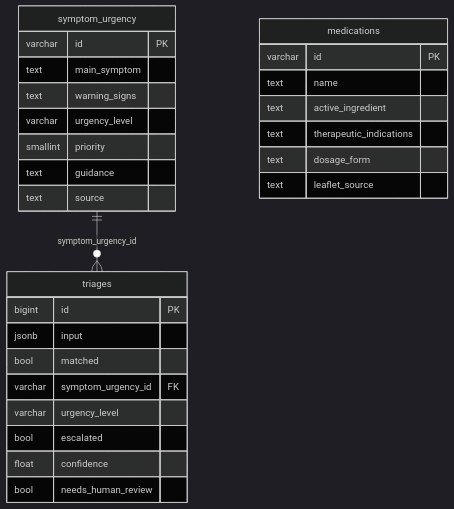
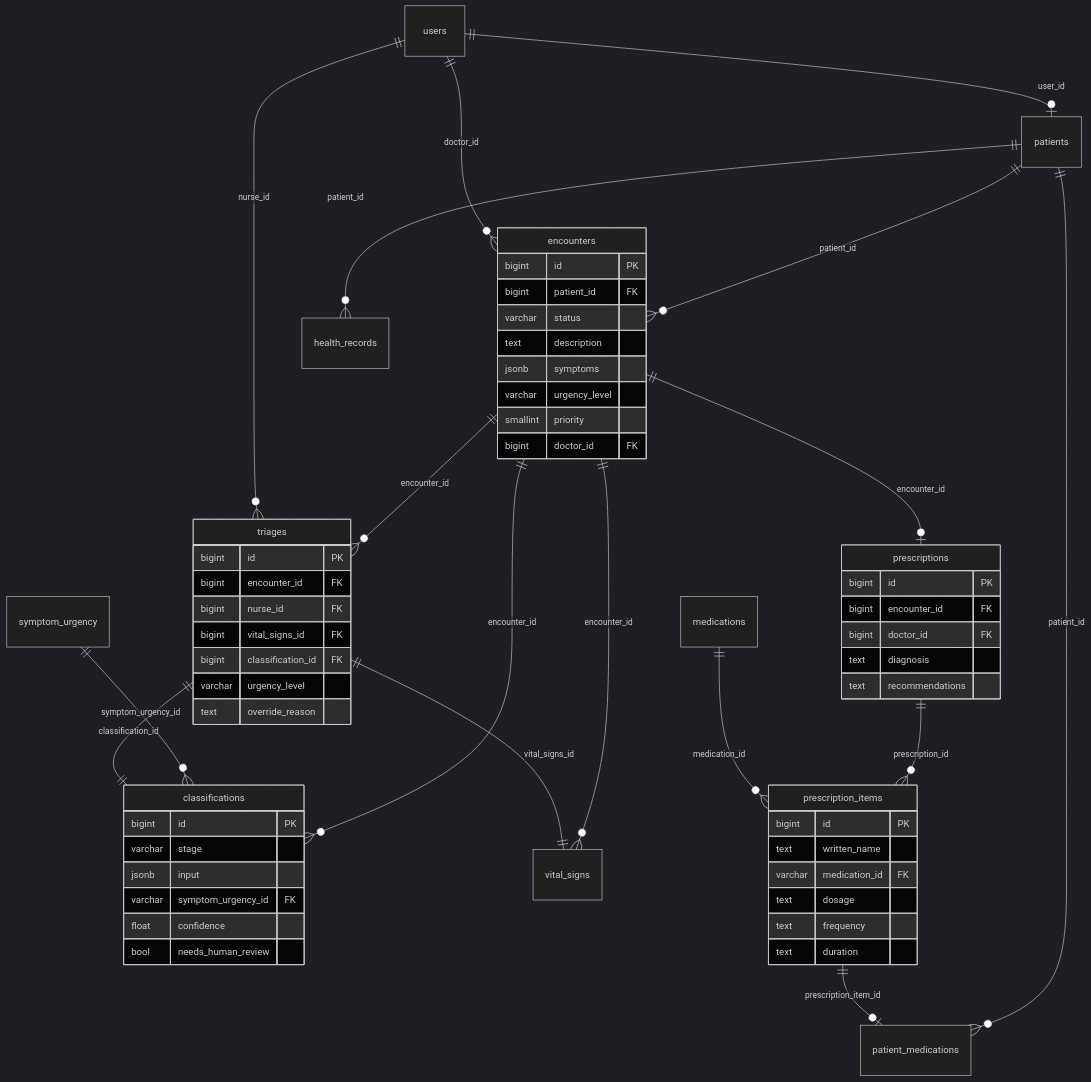
Before and after one commit to Gabriel-Cintra-RJ/TriIAge: the diagram in TriIAge-backend/docs/04-database.md, drawn with Mermaid (dark theme). The commit also changed other lines of this file and 91 other files, not shown here.

````diff
--- a/TriIAge-backend/docs/04-database.md
+++ b/TriIAge-backend/docs/04-database.md
@@ -12,31 +25,61 @@
 ```mermaid
 erDiagram
-    symptom_urgency ||--o{ triages : "symptom_urgency_id"
-    symptom_urgency {
-        varchar id PK
-        text main_symptom
-        text warning_signs
+    users ||--o| patients : "user_id"
+    patients ||--o{ encounters : "patient_id"
+    encounters ||--o{ classifications : "encounter_id"
+    symptom_urgency ||--o{ classifications : "symptom_urgency_id"
+    encounters ||--o{ vital_signs : "encounter_id"
+    encounters ||--o{ triages : "encounter_id"
+    triages ||--|| vital_signs : "vital_signs_id"
+    triages ||--|| classifications : "classification_id"
+    encounters ||--o| prescriptions : "encounter_id"
+    prescriptions ||--o{ prescription_items : "prescription_id"
+    medications ||--o{ prescription_items : "medication_id"
+    patients ||--o{ health_records : "patient_id"
+    patients ||--o{ patient_medications : "patient_id"
+    prescription_items ||--o| patient_medications : "prescription_item_id"
+    users ||--o{ triages : "nurse_id"
+    users ||--o{ encounters : "doctor_id"
+    encounters {
+        bigint id PK
+        bigint patient_id FK
+        varchar status
+        text description
+        jsonb symptoms
         varchar urgency_level
         smallint priority
-        text guidance
-        text source
-    }
-    medications {
-        varchar id PK
-        text name
-        text active_ingredient
-        text therapeutic_indications
-        text dosage_form
-        text leaflet_source
+        bigint doctor_id FK
     }
     triages {
         bigint id PK
+        bigint encounter_id FK
+        bigint nurse_id FK
+        bigint vital_signs_id FK
+        bigint classification_id FK
+        varchar urgency_level
+        text override_reason
+    }
+    classifications {
+        bigint id PK
+        varchar stage
         jsonb input
-        bool matched
         varchar symptom_urgency_id FK
-        varchar urgency_level
-        bool escalated
         float confidence
         bool needs_human_review
     }
+    prescriptions {
+        bigint id PK
+        bigint encounter_id FK
+        bigint doctor_id FK
+        text diagnosis
+        text recommendations
+    }
+    prescription_items {
+        bigint id PK
+        text written_name
+        varchar medication_id FK
+        text dosage
+        text frequency
+        text duration
+    }
 ```
````
